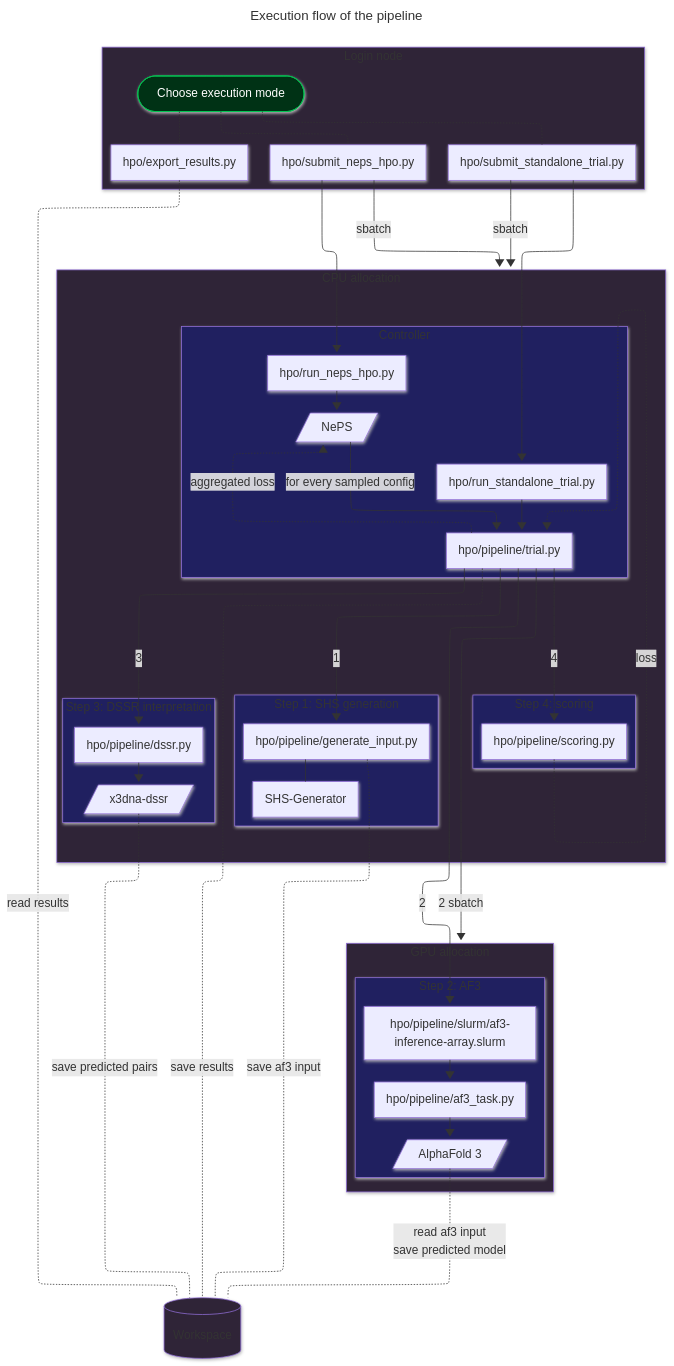
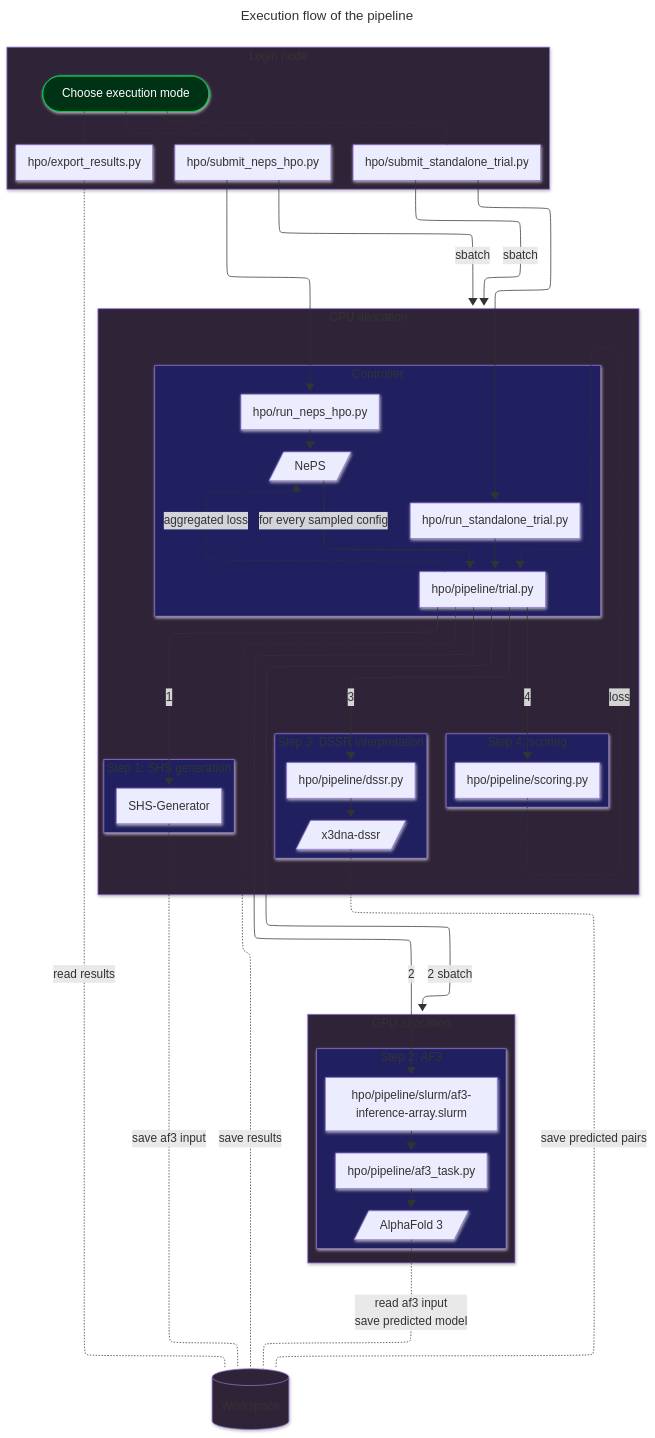
Before and after one commit to automl/SyntheticEvolution: the diagram in hpo/docs/pipeline_flow.mmd, drawn with Mermaid. The commit also changed 6 other files, not shown here.

```diff
--- a/hpo/docs/pipeline_flow.mmd
+++ b/hpo/docs/pipeline_flow.mmd
@@ -1,95 +1,93 @@
 ---
 title: Execution flow of the pipeline
 config:
     look: neo
     layout: elk
 ---
 flowchart TD
 
 subgraph LoginNode["Login node"]
     User(["Choose execution mode"])
+    SubmitStandalone["hpo/submit_standalone_trial.py"]
     SubmitNeps["hpo/submit_neps_hpo.py"]
-    SubmitStandalone["hpo/submit_standalone_trial.py"]
     Export["hpo/export_results.py"]
 end
 
 subgraph CpuNode["CPU allocation"]
 
     subgraph StepController["Controller"]
         Trial["hpo/pipeline/trial.py"]
         RunStandalone["hpo/run_standalone_trial.py"]
         RunNeps["hpo/run_neps_hpo.py"]
         NePS[/"NePS"/]
     end
 
     subgraph Step1["Step 1: SHS generation"]
-        GenerateInput["hpo/pipeline/generate_input.py"]
         SHSGenerator["SHS-Generator"]
     end
 
     subgraph Step3["Step 3: DSSR interpretation"]
         DSSR["hpo/pipeline/dssr.py"]
         DSSRTool[/"x3dna-dssr"/]
     end
     subgraph Step4["Step 4: scoring"]
         Scoring["hpo/pipeline/scoring.py"]
     end
 
 end
 
 subgraph GpuNode["GPU allocation"]
     subgraph Step2["Step 2: AF3"]
         AF3Slurm["hpo/pipeline/slurm/af3-inference-array.slurm"]
         AF3Task["hpo/pipeline/af3_task.py"]
         AF3[/"AlphaFold 3"/]
     end
 end
 
 Workspace[("Workspace")]
 
 %% Three login-node execution paths.
-User -.- SubmitNeps & SubmitStandalone & Export
+User -.- SubmitStandalone & SubmitNeps & Export
 SubmitNeps --> RunNeps
 SubmitNeps --"sbatch"--> CpuNode
 SubmitStandalone --> RunStandalone
 SubmitStandalone --"sbatch"--> CpuNode
 
 %% Controller startup and trial ownership.
 RunStandalone --> Trial
 RunNeps --> NePS --"for every sampled config"--> Trial
 Trial -."aggregated loss".-> NePS
 
 %% trial.py executes the four stages in order.
-Trial --"1"--> GenerateInput 
+Trial --"1"--> SHSGenerator 
 Trial --"2"--> AF3Slurm
 Trial --"2 sbatch"--> GpuNode
 Trial --"3"--> DSSR 
 Trial --"4"--> Scoring
 %% Step 1
-GenerateInput --- SHSGenerator
 %% Step 2
 AF3Slurm --> AF3Task --> AF3
 %% Step 3
 DSSR --> DSSRTool
 %% Step 4
 Scoring -."loss".-> Trial
 
 %% Workspace access 
-Export -."read results".- Workspace
+SHSGenerator -."save af3 input".- Workspace
 Trial -."save results".- Workspace
-GenerateInput -."save af3 input".- Workspace
 AF3 -."read af3 input\n save predicted model".- Workspace
 DSSRTool -."save predicted pairs".- Workspace
+Export -."read results".- Workspace
 
 style User color:#FFFFFF, stroke:#00C853, fill:#003215
 
 style CpuNode fill:#2f2437
 style LoginNode fill:#2f2437
 style GpuNode fill:#2f2437
 style Workspace fill:#2f2437
 
 style StepController fill:#202060
 style Step1 fill:#202060
 style Step2 fill:#202060
 style Step3 fill:#202060
 style Step4 fill:#202060
```
